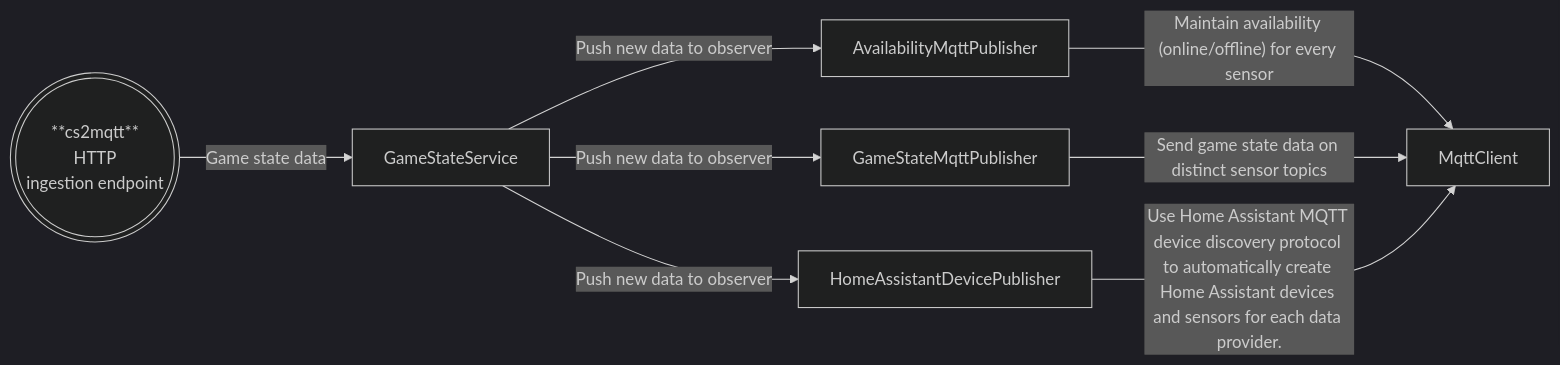
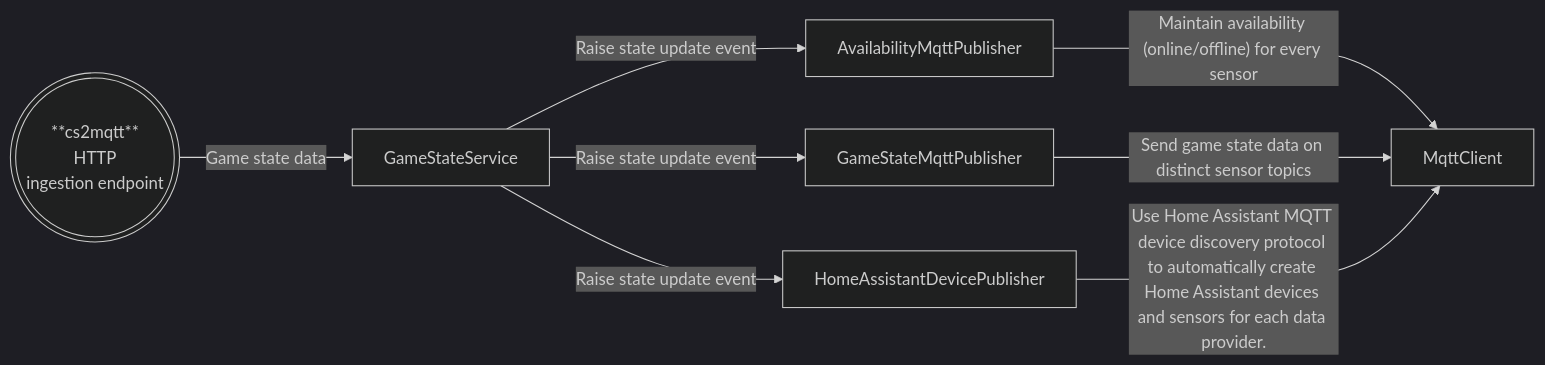
Before and after one commit to lupusbytes/cs2mqtt: the second of 2 diagrams in README.md, drawn with Mermaid (dark theme). The commit also changed 32 other files, not shown here.

````diff
--- a/README.md
+++ b/README.md
@@ -128,16 +128,16 @@
 ```mermaid
 flowchart LR;
     Endpoint(((**cs2mqtt**
      HTTP
      ingestion endpoint)))
 
     Endpoint -- Game state data --> GameStateService
 
-    GameStateService -- Push new data to observer --> AvailabilityMqttPublisher
-    GameStateService -- Push new data to observer --> GameStateMqttPublisher
-    GameStateService -- Push new data to observer --> HomeAssistantDevicePublisher
+    GameStateService -- Raise state update event --> AvailabilityMqttPublisher
+    GameStateService -- Raise state update event --> GameStateMqttPublisher
+    GameStateService -- Raise state update event --> HomeAssistantDevicePublisher
 
     AvailabilityMqttPublisher -- Maintain availability (online/offline) for every sensor ---> MqttClient
     GameStateMqttPublisher -- Send game state data on distinct sensor topics ---> MqttClient
     HomeAssistantDevicePublisher -- Use Home Assistant MQTT device discovery protocol to automatically create Home Assistant devices and sensors for each data provider. ---> MqttClient
 ```
````
